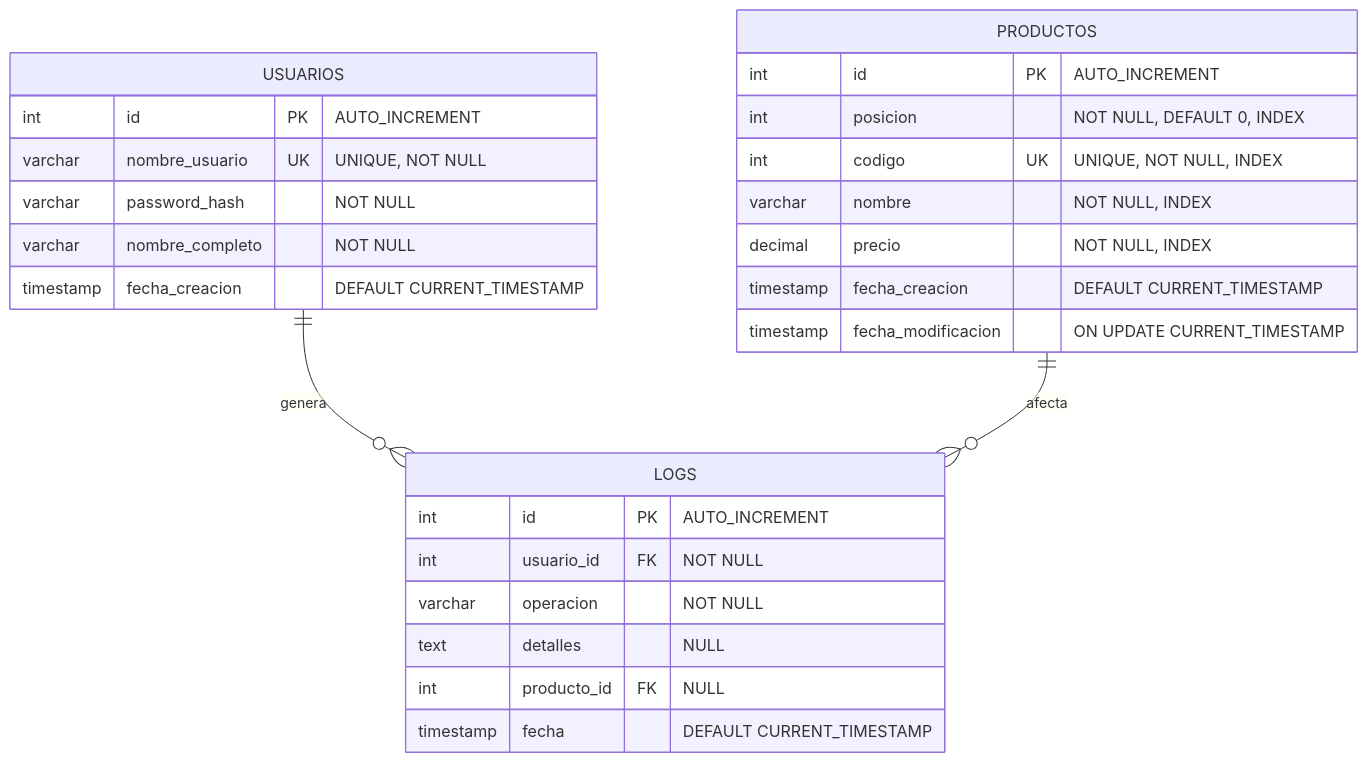
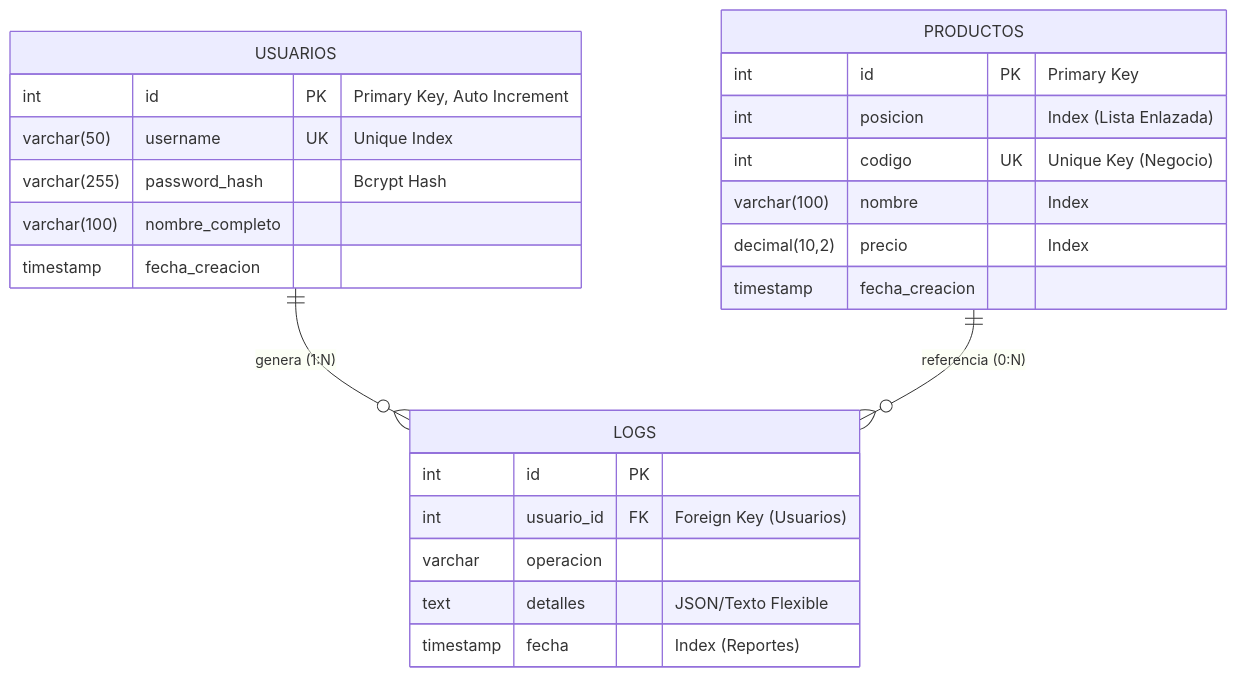
The third of 3 diagrams in designs/disenos_sistema.md (UlisesMavz/Sistema_Inventario), drawn with Mermaid before and after one commit. The commit also changed other lines of this file, not shown here.

````diff
--- a/designs/disenos_sistema.md
+++ b/designs/disenos_sistema.md
@@ -520,32 +214,30 @@
 ```mermaid
 erDiagram
-    USUARIOS ||--o{ LOGS : "genera"
-    PRODUCTOS ||--o{ LOGS : "afecta"
+    USUARIOS ||--o{ LOGS : "genera (1:N)"
+    PRODUCTOS ||--o{ LOGS : "referencia (0:N)"
     
     USUARIOS {
-        int id PK "AUTO_INCREMENT"
-        varchar nombre_usuario UK "UNIQUE, NOT NULL"
-        varchar password_hash "NOT NULL"
-        varchar nombre_completo "NOT NULL"
-        timestamp fecha_creacion "DEFAULT CURRENT_TIMESTAMP"
+        int id PK "Primary Key, Auto Increment"
+        varchar(50) username UK "Unique Index"
+        varchar(255) password_hash "Bcrypt Hash"
+        varchar(100) nombre_completo
+        timestamp fecha_creacion
     }
     
     PRODUCTOS {
-        int id PK "AUTO_INCREMENT"
-        int posicion "NOT NULL, DEFAULT 0, INDEX"
-        int codigo UK "UNIQUE, NOT NULL, INDEX"
-        varchar nombre "NOT NULL, INDEX"
-        decimal precio "NOT NULL, INDEX"
-        timestamp fecha_creacion "DEFAULT CURRENT_TIMESTAMP"
-        timestamp fecha_modificacion "ON UPDATE CURRENT_TIMESTAMP"
+        int id PK "Primary Key"
+        int posicion "Index (Lista Enlazada)"
+        int codigo UK "Unique Key (Negocio)"
+        varchar(100) nombre "Index"
+        decimal(10,2) precio "Index"
+        timestamp fecha_creacion
     }
     
     LOGS {
-        int id PK "AUTO_INCREMENT"
-        int usuario_id FK "NOT NULL"
-        varchar operacion "NOT NULL"
-        text detalles "NULL"
-        int producto_id FK "NULL"
-        timestamp fecha "DEFAULT CURRENT_TIMESTAMP"
+        int id PK
+        int usuario_id FK "Foreign Key (Usuarios)"
+        varchar operacion
+        text detalles "JSON/Texto Flexible"
+        timestamp fecha "Index (Reportes)"
     }
 ```
````
